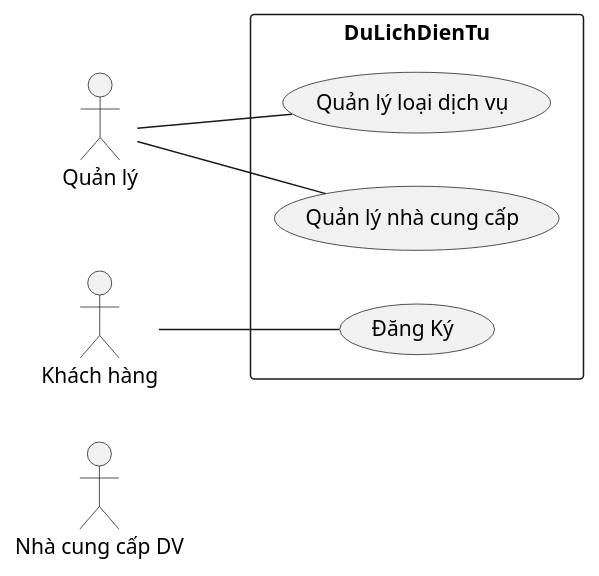
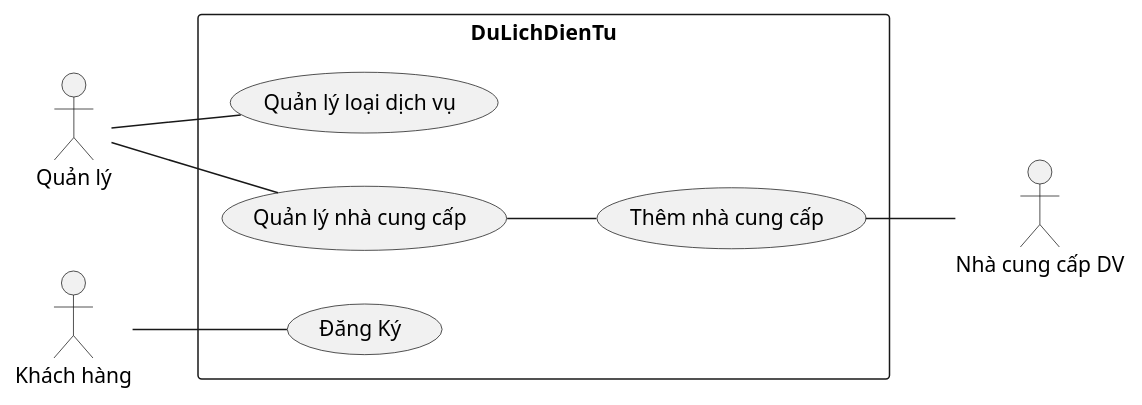
Before and after one commit to TranTan-Dat/LV_DuLichDienTu: the diagram in PlanUML/UC_TongQuan.puml, drawn with PlantUML.

Commit message:
Cap nhat uc

```diff
--- a/PlanUML/UC_TongQuan.puml
+++ b/PlanUML/UC_TongQuan.puml
@@ -1,16 +1,19 @@
 @startuml Hệ Thống Sàn điện tử
 left to right direction
 actor "Nhà cung cấp DV" as NCC
 actor "Quản lý" as QL
 actor "Khách hàng" as KH 
 
 rectangle DuLichDienTu {
     
   usecase "Quản lý loại dịch vụ" as LDV
   usecase "Quản lý nhà cung cấp" as QLNCC
+  usecase "Thêm nhà cung cấp" as Themncc
   usecase "Đăng Ký" as DangKy
 }
 QL -- LDV
 QL -- QLNCC
 KH -- DangKy
+Themncc -- NCC
+QLNCC -- Themncc
 @enduml
```
